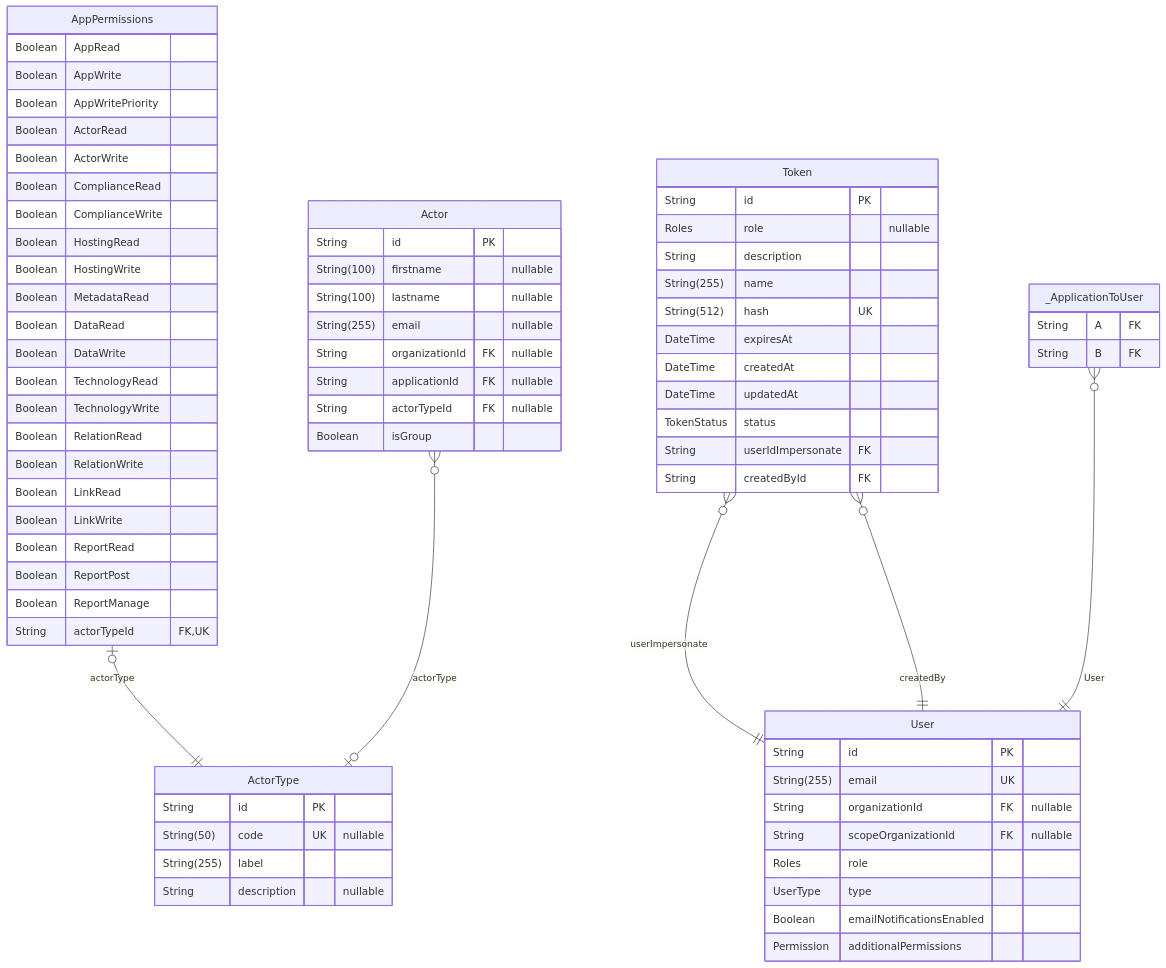
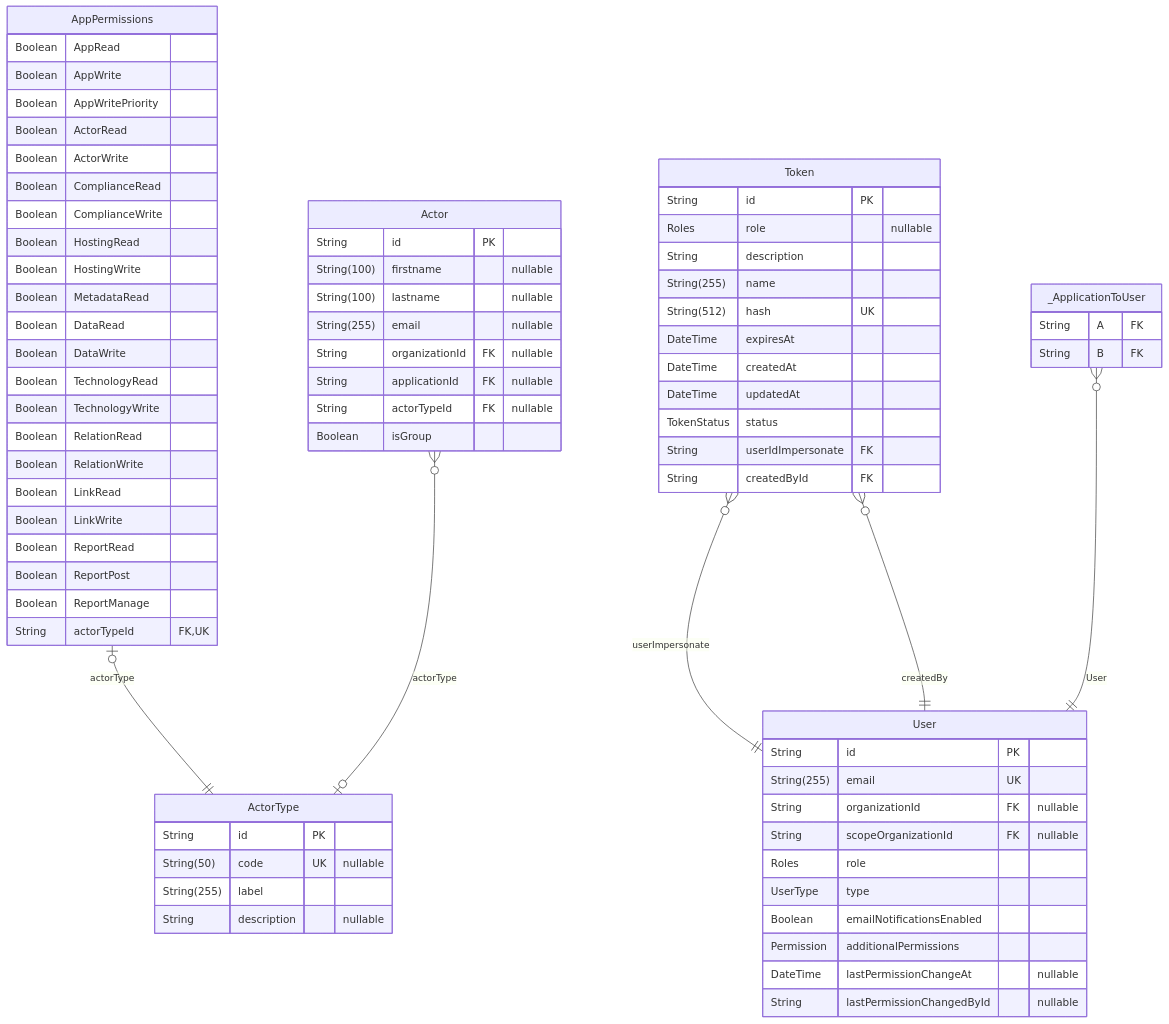
One commit to dnum-mi/referentiel-applications changed the tenth of 14 diagrams in backend/prisma/docs/schema.md. Above: the diagram before and after it, drawn with Mermaid. The commit also changed other lines of this file and 9 other files, not shown here.

````diff
--- a/backend/prisma/docs/schema.md
+++ b/backend/prisma/docs/schema.md
@@ -806,75 +806,77 @@
 ```mermaid
 erDiagram
 "AppPermissions" {
   Boolean AppRead
   Boolean AppWrite
   Boolean AppWritePriority
   Boolean ActorRead
   Boolean ActorWrite
   Boolean ComplianceRead
   Boolean ComplianceWrite
   Boolean HostingRead
   Boolean HostingWrite
   Boolean MetadataRead
   Boolean DataRead
   Boolean DataWrite
   Boolean TechnologyRead
   Boolean TechnologyWrite
   Boolean RelationRead
   Boolean RelationWrite
   Boolean LinkRead
   Boolean LinkWrite
   Boolean ReportRead
   Boolean ReportPost
   Boolean ReportManage
   String actorTypeId FK,UK
 }
 "Token" {
   String id PK
   Roles role "nullable"
   String description
   String(255) name
   String(512) hash UK
   DateTime expiresAt
   DateTime createdAt
   DateTime updatedAt
   TokenStatus status
   String userIdImpersonate FK
   String createdById FK
 }
 "User" {
   String id PK
   String(255) email UK
   String organizationId FK "nullable"
   String scopeOrganizationId FK "nullable"
   Roles role
   UserType type
   Boolean emailNotificationsEnabled
   Permission additionalPermissions
+  DateTime lastPermissionChangeAt "nullable"
+  String lastPermissionChangedById "nullable"
 }
 "Actor" {
   String id PK
   String(100) firstname "nullable"
   String(100) lastname "nullable"
   String(255) email "nullable"
   String organizationId FK "nullable"
   String applicationId FK "nullable"
   String actorTypeId FK "nullable"
   Boolean isGroup
 }
 "ActorType" {
   String id PK
   String(50) code UK "nullable"
   String(255) label
   String description "nullable"
 }
 "_ApplicationToUser" {
   String A FK
   String B FK
 }
 "AppPermissions" |o--|| "ActorType" : actorType
 "Token" }o--|| "User" : userImpersonate
 "Token" }o--|| "User" : createdBy
 "Actor" }o--o| "ActorType" : actorType
 "_ApplicationToUser" }o--|| "User" : User
 ```
````
